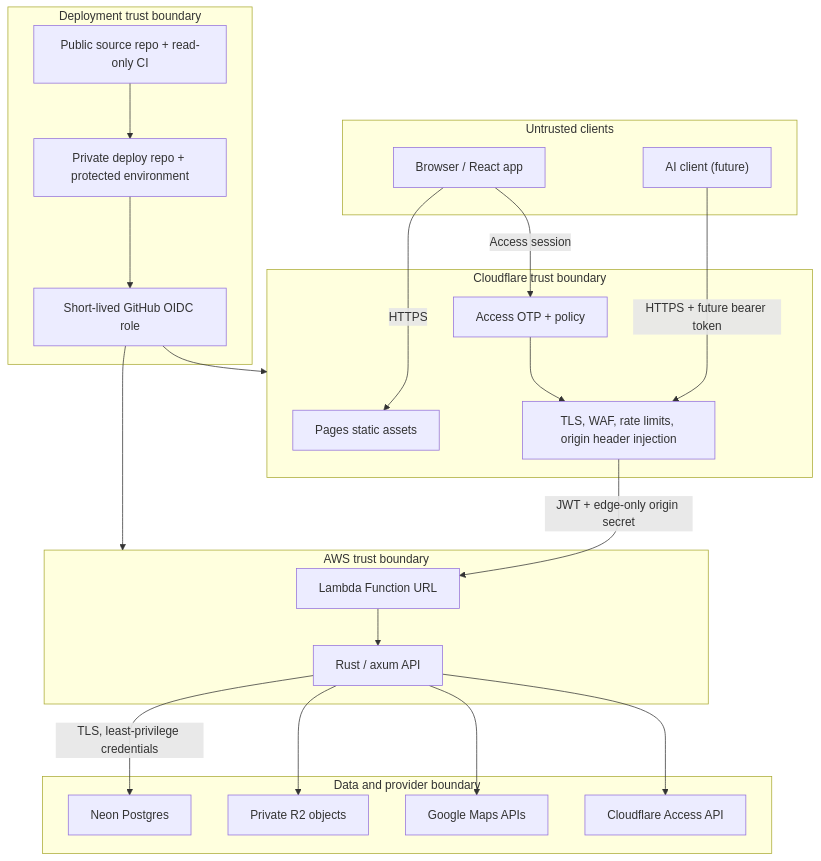
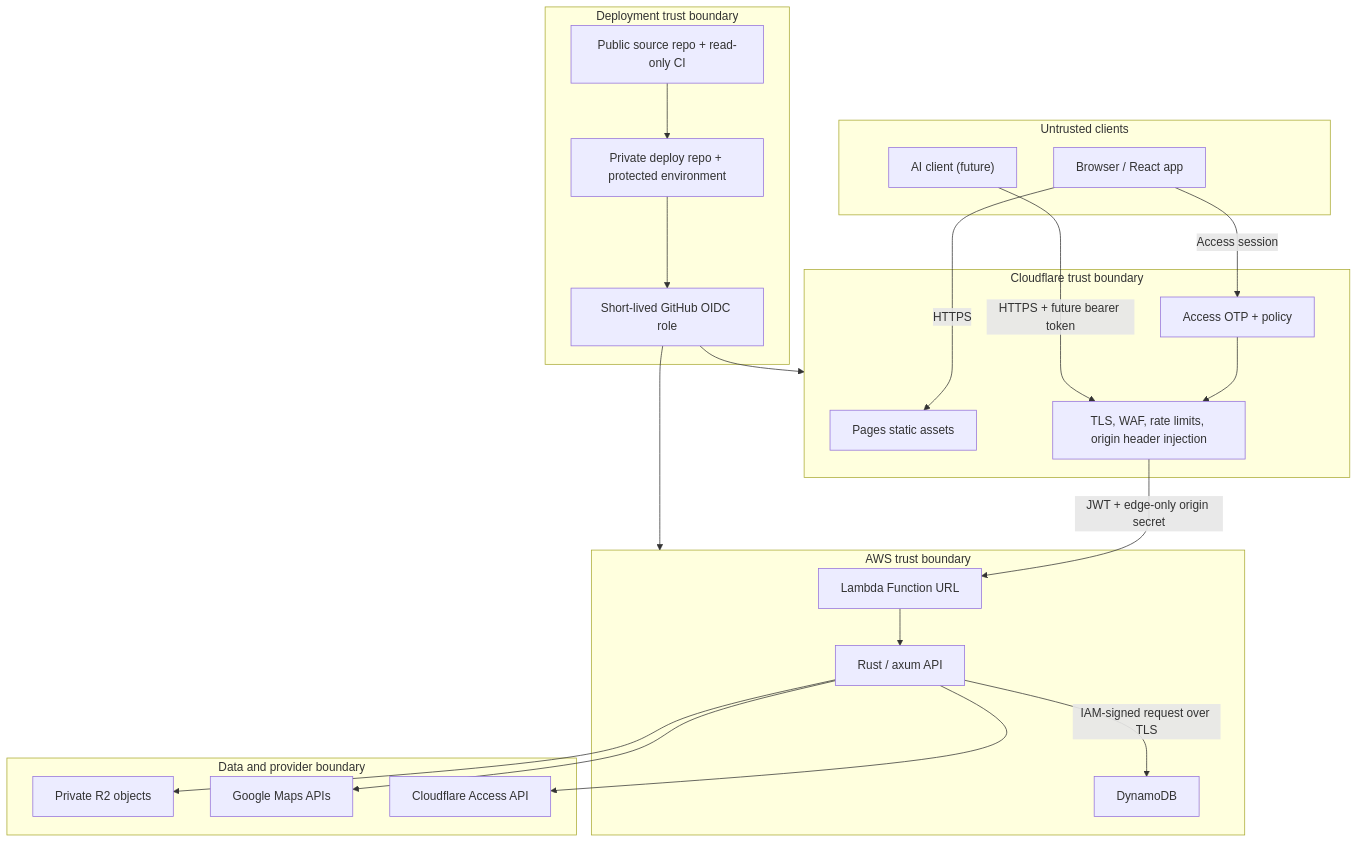
Before and after one commit to Kaiyu2023/itinera: the diagram in docs/SECURITY.md, drawn with Mermaid. The commit also changed other lines of this file and 11 other files, not shown here.

````diff
--- a/docs/SECURITY.md
+++ b/docs/SECURITY.md
@@ -145,46 +148,46 @@
 ```mermaid
 flowchart TB
   subgraph Clients["Untrusted clients"]
     Browser["Browser / React app"]
     Agent["AI client (future)"]
   end
 
   subgraph Edge["Cloudflare trust boundary"]
     Pages["Pages static assets"]
     Access["Access OTP + policy"]
     WAF["TLS, WAF, rate limits, origin header injection"]
   end
 
   subgraph AWS["AWS trust boundary"]
     URL["Lambda Function URL"]
     API["Rust / axum API"]
+    Dynamo["DynamoDB"]
   end
 
   subgraph Data["Data and provider boundary"]
-    Neon["Neon Postgres"]
     R2["Private R2 objects"]
     Maps["Google Maps APIs"]
     CFApi["Cloudflare Access API"]
   end
 
   subgraph Delivery["Deployment trust boundary"]
     PublicRepo["Public source repo + read-only CI"]
     PrivateRepo["Private deploy repo + protected environment"]
     OIDC["Short-lived GitHub OIDC role"]
   end
 
   Browser -->|"HTTPS"| Pages
   Browser -->|"Access session"| Access
   Access --> WAF
   Agent -->|"HTTPS + future bearer token"| WAF
   WAF -->|"JWT + edge-only origin secret"| URL
   URL --> API
-  API -->|"TLS, least-privilege credentials"| Neon
+  API -->|"IAM-signed request over TLS"| Dynamo
   API --> R2
   API --> Maps
   API --> CFApi
   PublicRepo --> PrivateRepo
   PrivateRepo --> OIDC
   OIDC --> AWS
   OIDC --> Edge
 ```
````
